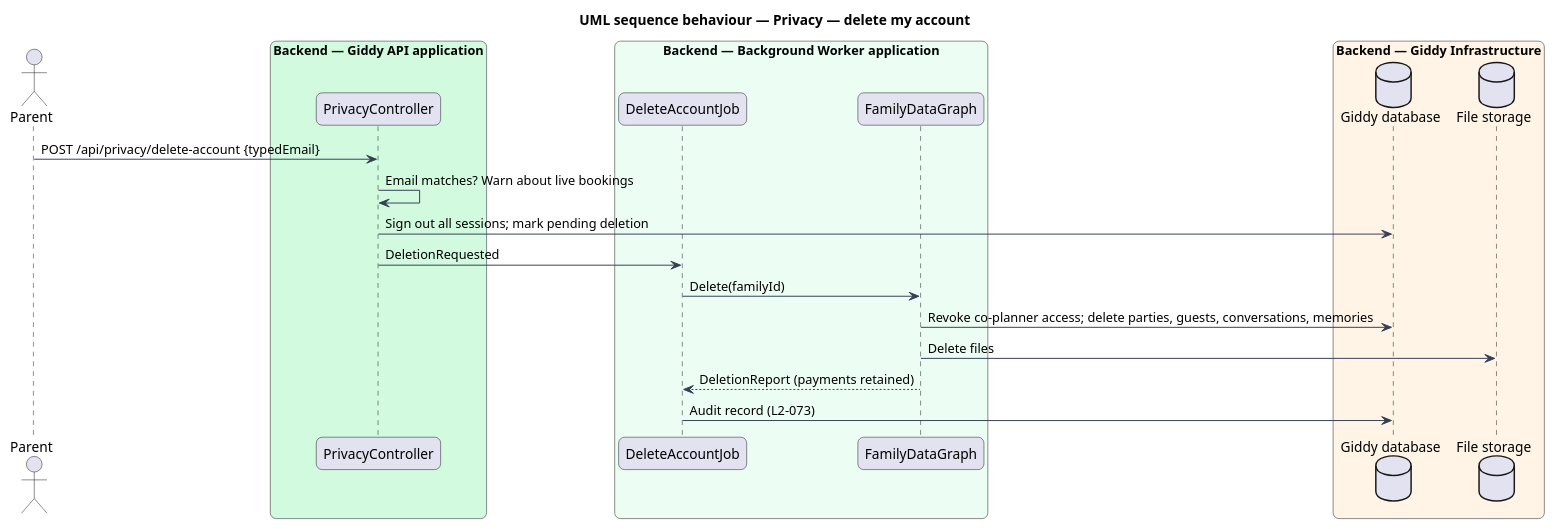
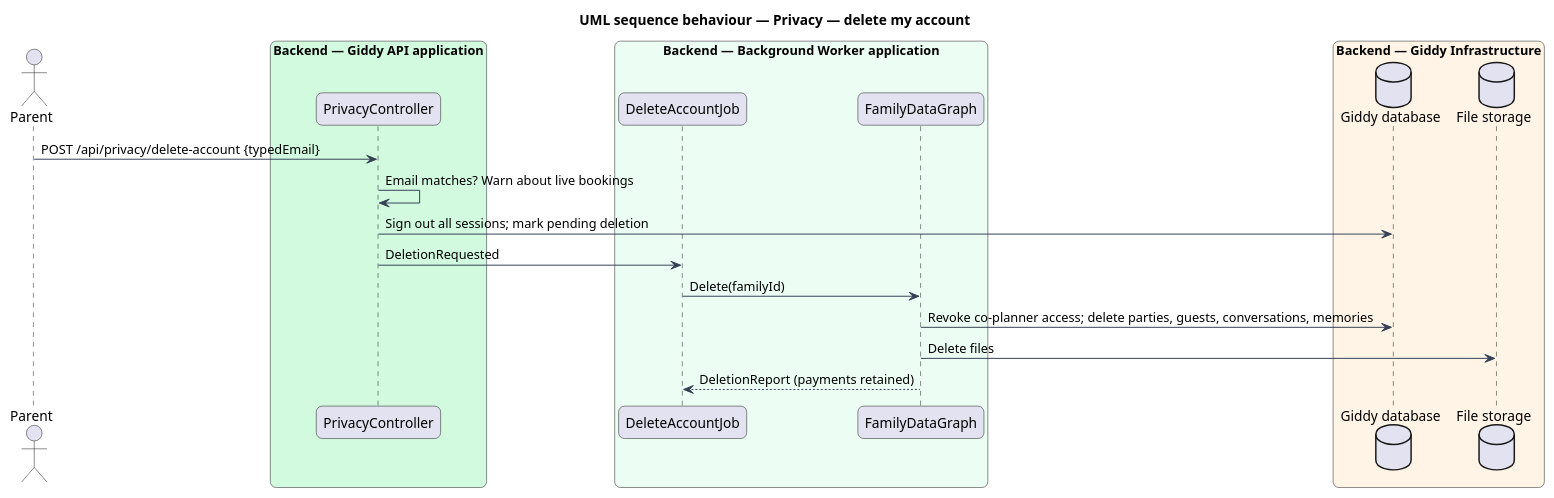
The diagram in docs/detailed-designs/account/export-and-delete-data/diagrams/sequence-delete.puml (QuinntyneBrown/giddy), drawn with PlantUML before and after one commit. The commit also changed 63 other files, not shown here.

```diff
--- a/docs/detailed-designs/account/export-and-delete-data/diagrams/sequence-delete.puml
+++ b/docs/detailed-designs/account/export-and-delete-data/diagrams/sequence-delete.puml
@@ -1,38 +1,37 @@
 @startuml
 title UML sequence behaviour — Privacy — delete my account
 skinparam backgroundColor #FFFFFF
 skinparam shadowing false
 skinparam roundcorner 12
 skinparam defaultFontName Arial
 skinparam ArrowColor #344054
 skinparam rectangle {
   BorderColor #344054
   FontColor #101828
 }
 skinparam package {
   BorderColor #667085
   FontColor #101828
   BackgroundColor #F9FAFB
 }
 actor "Parent" as actor
 box "Backend — Giddy API application" #D1FADF
   participant "PrivacyController" as ctrl
 end box
 box "Backend — Background Worker application" #ECFDF3
   participant "DeleteAccountJob" as job
   participant "FamilyDataGraph" as graph
 end box
 box "Backend — Giddy Infrastructure" #FFF4E5
   database "Giddy database" as db
   database "File storage" as blob
 end box
 actor -> ctrl : POST /api/privacy/delete-account {typedEmail}
 ctrl -> ctrl : Email matches? Warn about live bookings
 ctrl -> db : Sign out all sessions; mark pending deletion
 ctrl -> job : DeletionRequested
 job -> graph : Delete(familyId)
 graph -> db : Revoke co-planner access; delete parties, guests, conversations, memories
 graph -> blob : Delete files
 graph --> job : DeletionReport (payments retained)
-job -> db : Audit record (L2-073)
 @enduml
```
